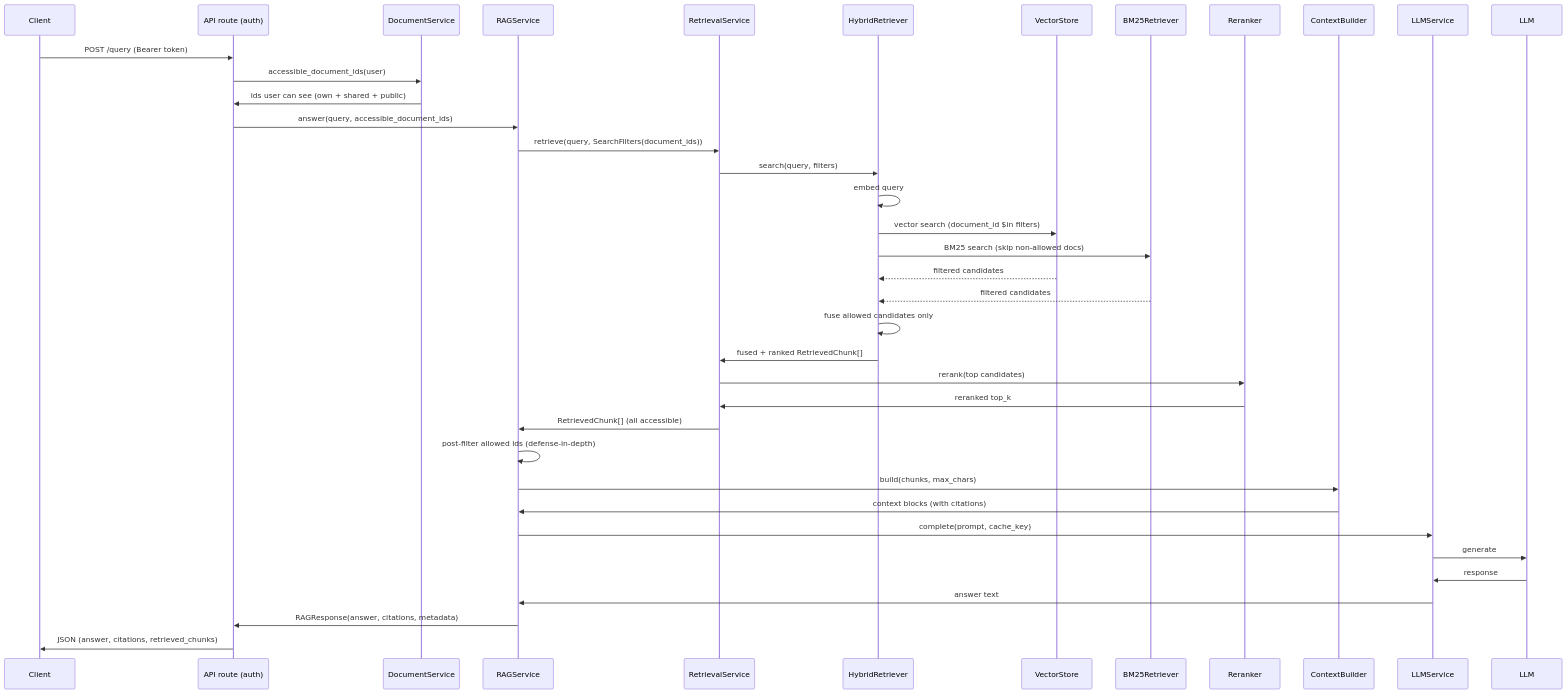
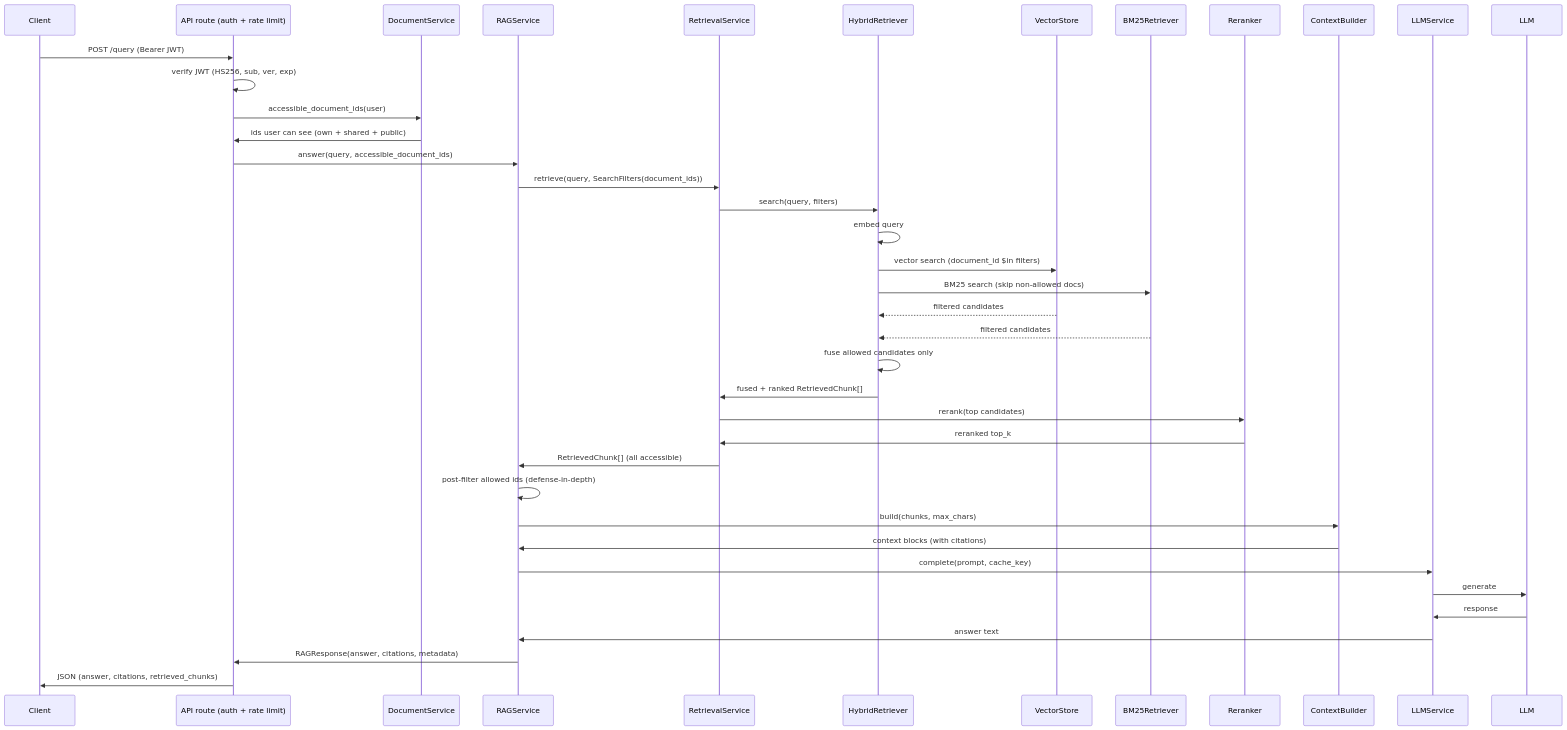
The second of 3 diagrams in docs/architecture.md (AnshumanRoy/Hybrid-Search), drawn with Mermaid before and after one commit. The commit also changed other lines of this file and 27 other files, not shown here.

Commit message:
feat: token revocation, per-user rate limiting, evaluation A/B, doc updates

````diff
--- a/docs/architecture.md
+++ b/docs/architecture.md
@@ -144,41 +175,42 @@
 ```mermaid
 sequenceDiagram
     participant C as Client
-    participant A as API route (auth)
+    participant A as API route (auth + rate limit)
     participant D as DocumentService
     participant RAG as RAGService
     participant RS as RetrievalService
     participant H as HybridRetriever
     participant VS as VectorStore
     participant BM as BM25Retriever
     participant RR as Reranker
     participant CB as ContextBuilder
     participant LS as LLMService
     participant L as LLM
 
-    C->>A: POST /query (Bearer token)
+    C->>A: POST /query (Bearer JWT)
+    A->>A: verify JWT (HS256, sub, ver, exp)
     A->>D: accessible_document_ids(user)
     D->>A: ids user can see (own + shared + public)
     A->>RAG: answer(query, accessible_document_ids)
     RAG->>RS: retrieve(query, SearchFilters(document_ids))
     RS->>H: search(query, filters)
     H->>H: embed query
     H->>VS: vector search (document_id $in filters)
     H->>BM: BM25 search (skip non-allowed docs)
     VS-->>H: filtered candidates
     BM-->>H: filtered candidates
     H->>H: fuse allowed candidates only
     H->>RS: fused + ranked RetrievedChunk[]
     RS->>RR: rerank(top candidates)
     RR->>RS: reranked top_k
     RS->>RAG: RetrievedChunk[] (all accessible)
     RAG->>RAG: post-filter allowed ids (defense-in-depth)
     RAG->>CB: build(chunks, max_chars)
     CB->>RAG: context blocks (with citations)
     RAG->>LS: complete(prompt, cache_key)
     LS->>L: generate
     L->>LS: response
     LS->>RAG: answer text
     RAG->>A: RAGResponse(answer, citations, metadata)
     A->>C: JSON (answer, citations, retrieved_chunks)
 ```
````
